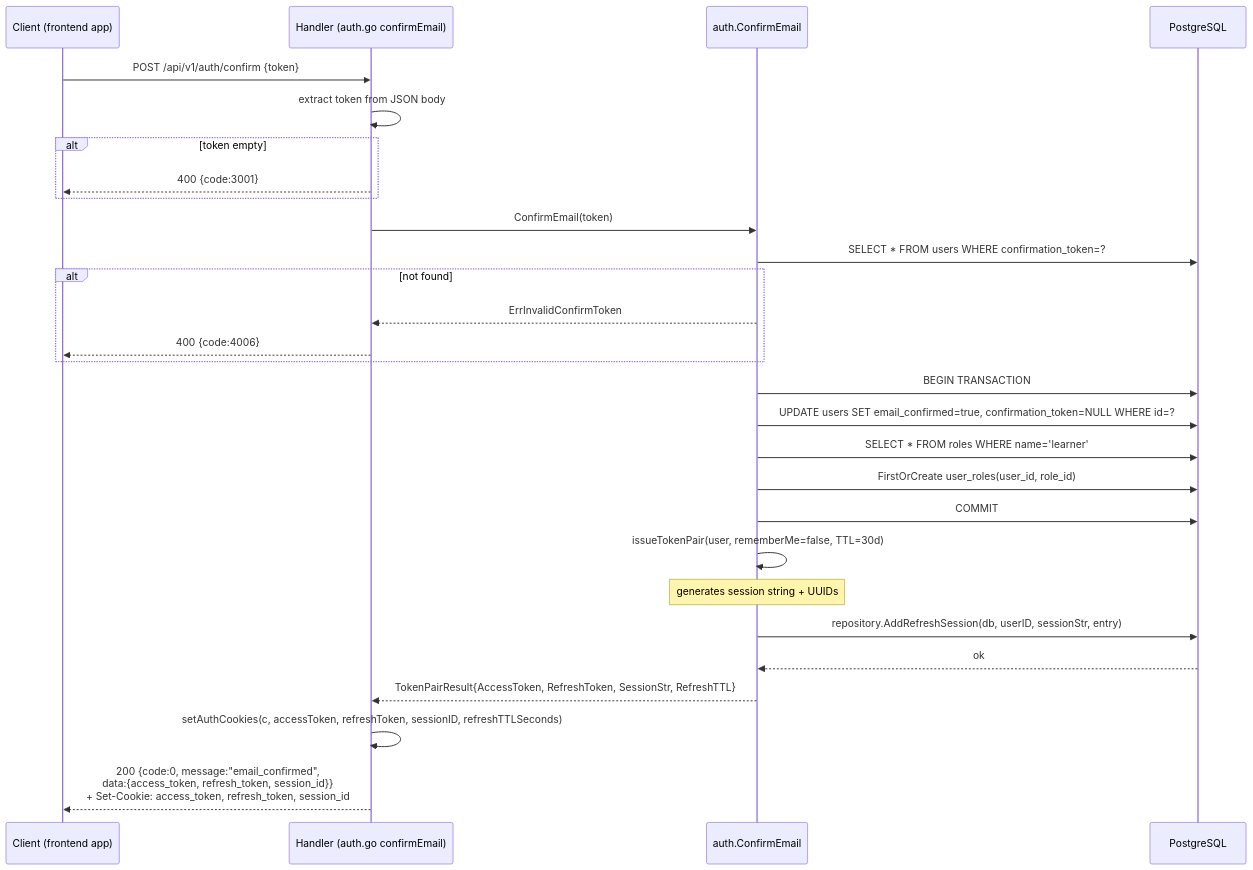
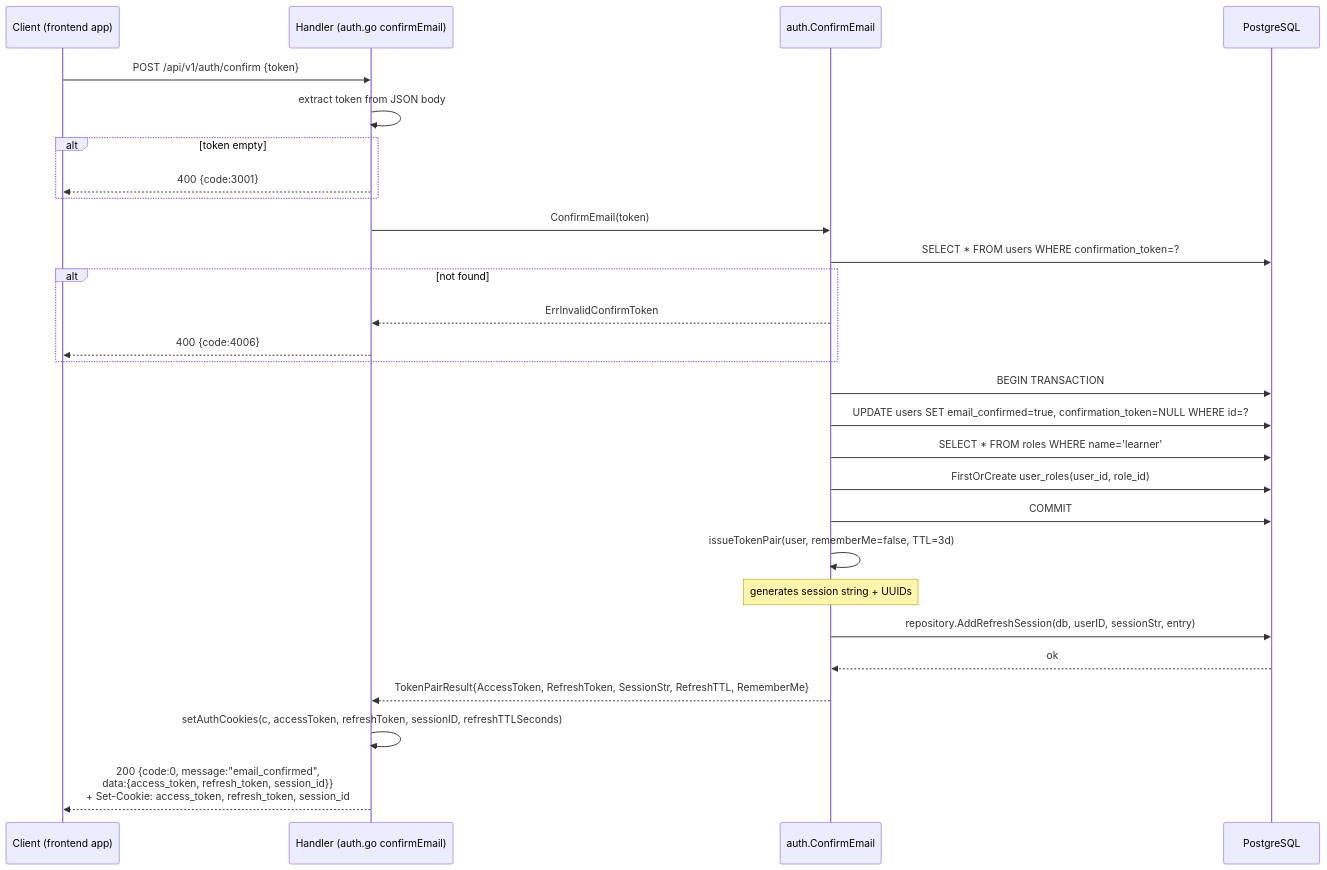
Before and after one commit to lkienkle11/be-mycourse: the fifth of 26 diagrams in docs/sequence_diagrams.md, drawn with Mermaid. The commit also changed other lines of this file and 8 other files, not shown here.

Commit message:
docs: document remember me refresh token TTL policy

````diff
--- a/docs/sequence_diagrams.md
+++ b/docs/sequence_diagrams.md
@@ -246,35 +246,35 @@
 ```mermaid
 sequenceDiagram
     participant C as Client (frontend app)
     participant H as Handler (auth.go confirmEmail)
     participant SVC as auth.ConfirmEmail
     participant DB as PostgreSQL
 
     C->>H: POST /api/v1/auth/confirm {token}
     H->>H: extract token from JSON body
     alt token empty
         H-->>C: 400 {code:3001}
     end
 
     H->>SVC: ConfirmEmail(token)
     SVC->>DB: SELECT * FROM users WHERE confirmation_token=?
     alt not found
         SVC-->>H: ErrInvalidConfirmToken
         H-->>C: 400 {code:4006}
     end
 
     SVC->>DB: BEGIN TRANSACTION
     SVC->>DB: UPDATE users SET email_confirmed=true, confirmation_token=NULL WHERE id=?
     SVC->>DB: SELECT * FROM roles WHERE name='learner'
     SVC->>DB: FirstOrCreate user_roles(user_id, role_id)
     SVC->>DB: COMMIT
 
-    SVC->>SVC: issueTokenPair(user, rememberMe=false, TTL=30d)
+    SVC->>SVC: issueTokenPair(user, rememberMe=false, TTL=3d)
     Note over SVC: generates session string + UUIDs
     SVC->>DB: repository.AddRefreshSession(db, userID, sessionStr, entry)
     DB-->>SVC: ok
 
-    SVC-->>H: TokenPairResult{AccessToken, RefreshToken, SessionStr, RefreshTTL}
+    SVC-->>H: TokenPairResult{AccessToken, RefreshToken, SessionStr, RefreshTTL, RememberMe}
     H->>H: setAuthCookies(c, accessToken, refreshToken, sessionID, refreshTTLSeconds)
     H-->>C: 200 {code:0, message:"email_confirmed",<br/>data:{access_token, refresh_token, session_id}}<br/>+ Set-Cookie: access_token, refresh_token, session_id
 ```
````
